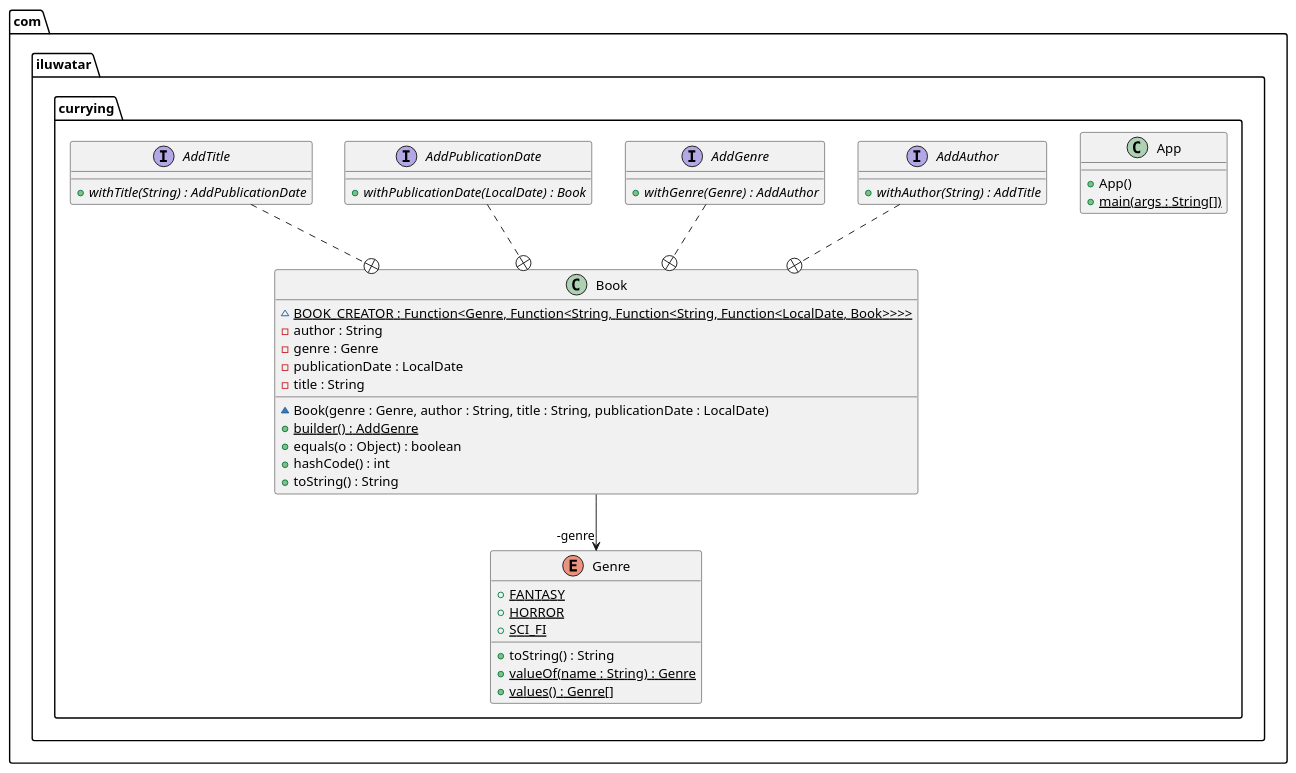
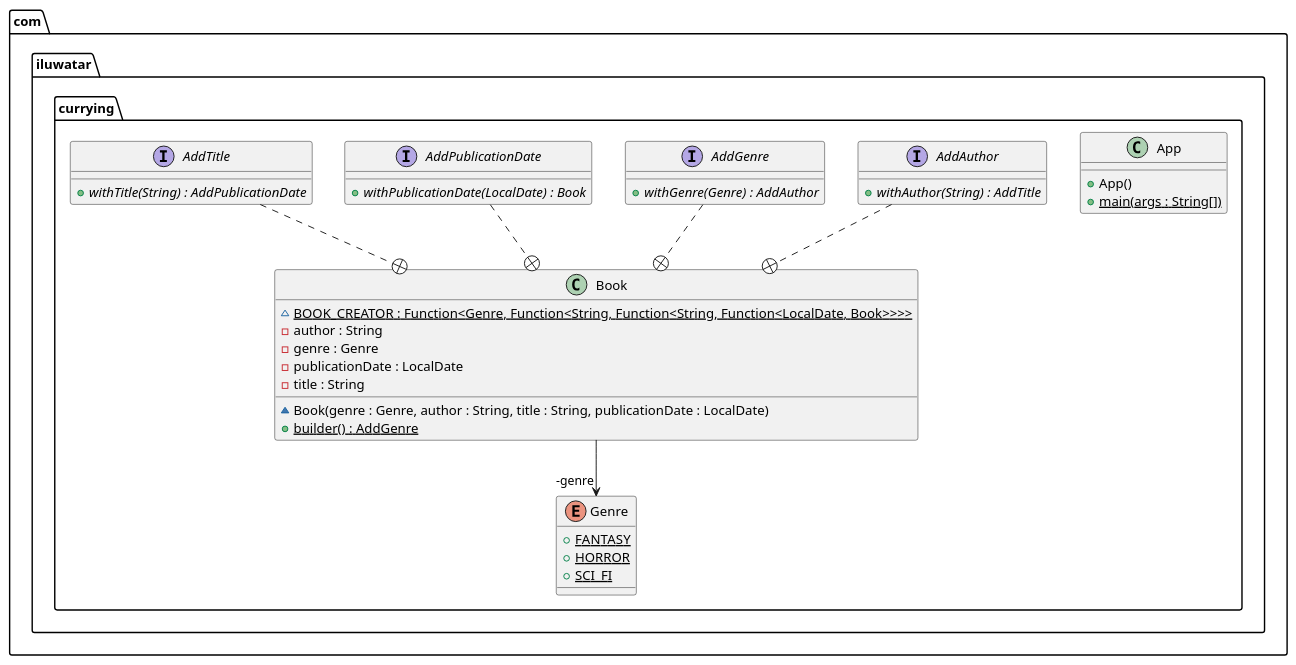
Before and after one commit to iluwatar/java-design-patterns: the diagram in currying/etc/currying.urm.puml, drawn with PlantUML. The commit also changed 1 other file, not shown here.

Commit message:
#1842 Removed override methods from the UML diagram for clarity

```diff
--- a/currying/etc/currying.urm.puml
+++ b/currying/etc/currying.urm.puml
@@ -1,45 +1,39 @@
 @startuml
 package com.iluwatar.currying {
   class App {
     + App()
     + main(args : String[]) {static}
   }
   class Book {
     ~ BOOK_CREATOR : Function<Genre, Function<String, Function<String, Function<LocalDate, Book>>>> {static}
     - author : String
     - genre : Genre
     - publicationDate : LocalDate
     - title : String
     ~ Book(genre : Genre, author : String, title : String, publicationDate : LocalDate)
     + builder() : AddGenre {static}
-    + equals(o : Object) : boolean
-    + hashCode() : int
-    + toString() : String
   }
   interface AddAuthor {
     + withAuthor(String) : AddTitle {abstract}
   }
   interface AddGenre {
     + withGenre(Genre) : AddAuthor {abstract}
   }
   interface AddPublicationDate {
     + withPublicationDate(LocalDate) : Book {abstract}
   }
   interface AddTitle {
     + withTitle(String) : AddPublicationDate {abstract}
   }
   enum Genre {
     + FANTASY {static}
     + HORROR {static}
     + SCI_FI {static}
-    + toString() : String
-    + valueOf(name : String) : Genre {static}
-    + values() : Genre[] {static}
   }
 }
 Book -->  "-genre" Genre
 AddPublicationDate ..+ Book
 AddAuthor ..+ Book
 AddTitle ..+ Book
 AddGenre ..+ Book
 @enduml
```
